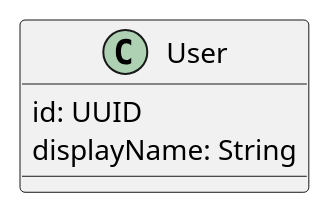
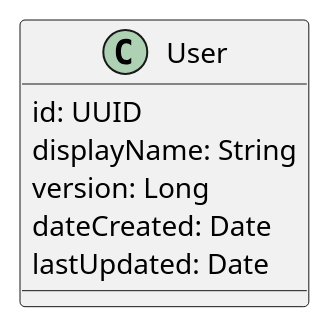
One commit to elaastic/ElaastiX changed the diagram in docs/specs/user/uml/user.puml. Above: the diagram before and after it, drawn with PlantUML. The commit also changed 1 other file, not shown here.

```diff
--- a/docs/specs/user/uml/user.puml
+++ b/docs/specs/user/uml/user.puml
@@ -1,8 +1,11 @@
 @startuml(id=User)
 'https://plantuml.com/class-diagram
 
 class User {
     id: UUID
     displayName: String
+    version: Long
+    dateCreated: Date
+    lastUpdated: Date
 }
 @enduml
```
